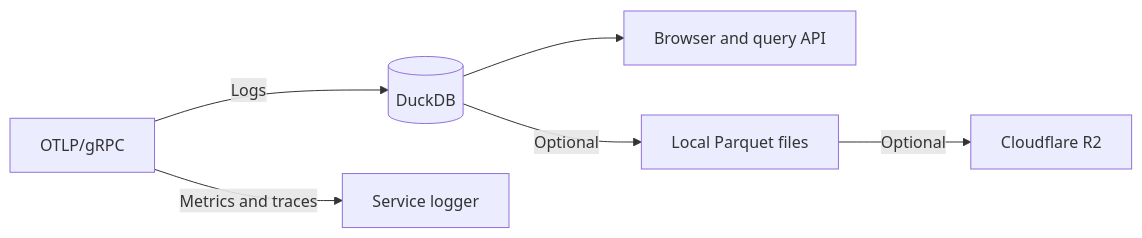
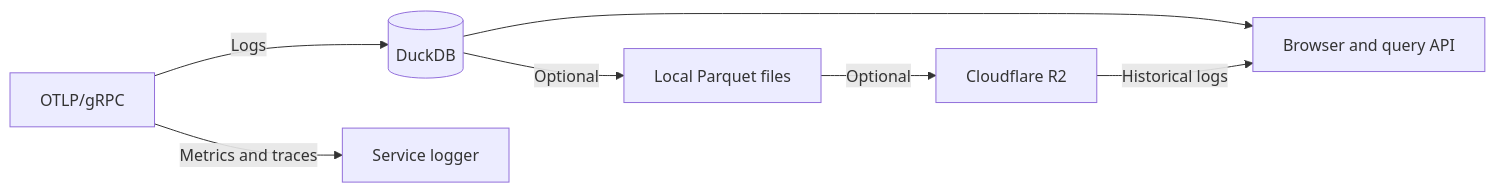
Before and after one commit to alexfalkowski/einblick: the diagram in README.md, drawn with Mermaid. The commit also changed other lines of this file and 85 other files, not shown here.

First line of the commit message:
feat(E-08): query archived logs and safely evict local batches (#47)

````diff
--- a/README.md
+++ b/README.md
@@ -40,10 +40,11 @@
 ```mermaid
 flowchart LR
     accTitle: Telemetry in Einblick today
-    accDescr: OTLP logs are stored in DuckDB for recent-log queries and optional Parquet archival to R2. Metrics and traces are printed and discarded.
+    accDescr: OTLP logs are stored in DuckDB and optionally archived to R2. Queries combine local and archived logs. Metrics and traces are printed and discarded.
     OTLP["OTLP/gRPC"] -->|Logs| DB[(DuckDB)]
     OTLP -->|Metrics and traces| Logger[Service logger]
     DB --> Queries[Browser and query API]
     DB -->|Optional| Parquet[Local Parquet files]
     Parquet -->|Optional| R2[Cloudflare R2]
+    R2 -->|Historical logs| Queries
 ```
````
